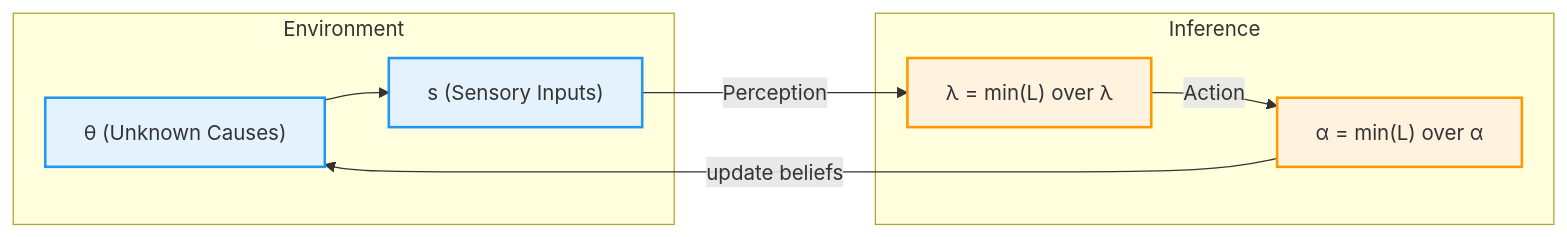
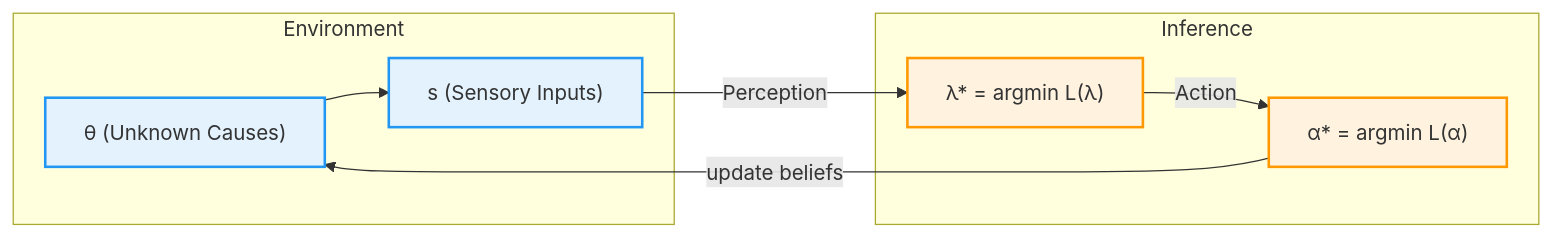
Before and after one commit to ChrisPedder/QMUL-Lecture: the diagram in slides/part_b.md, drawn with Mermaid. The commit also changed other lines of this file and 4 other files, not shown here.

```diff
--- a/slides/part_b.md
+++ b/slides/part_b.md
@@ -140,15 +140,15 @@
 <div class="mermaid">
   graph LR
       subgraph ENV[Environment]
           Theta["θ (Unknown Causes)"] --> S["s (Sensory Inputs)"]
       end
       subgraph INF[Inference]
-          S -->|"Perception"| LambdaOpt["λ = min(L) over λ"]
-          LambdaOpt -->|"Action"| AlphaOpt["α = min(L) over α"]
+          S -->|"Perception"| LambdaOpt["λ* = argmin L(λ)"]
+          LambdaOpt -->|"Action"| AlphaOpt["α* = argmin L(α)"]
       end
       AlphaOpt -->|"update beliefs"| Theta
       classDef envClass fill:#e3f2fd,stroke:#2196f3,stroke-width:2px
       classDef infClass fill:#fff3e0,stroke:#ff9800,stroke-width:2px
       class Theta,S envClass
       class LambdaOpt,AlphaOpt infClass
 </div>
```
